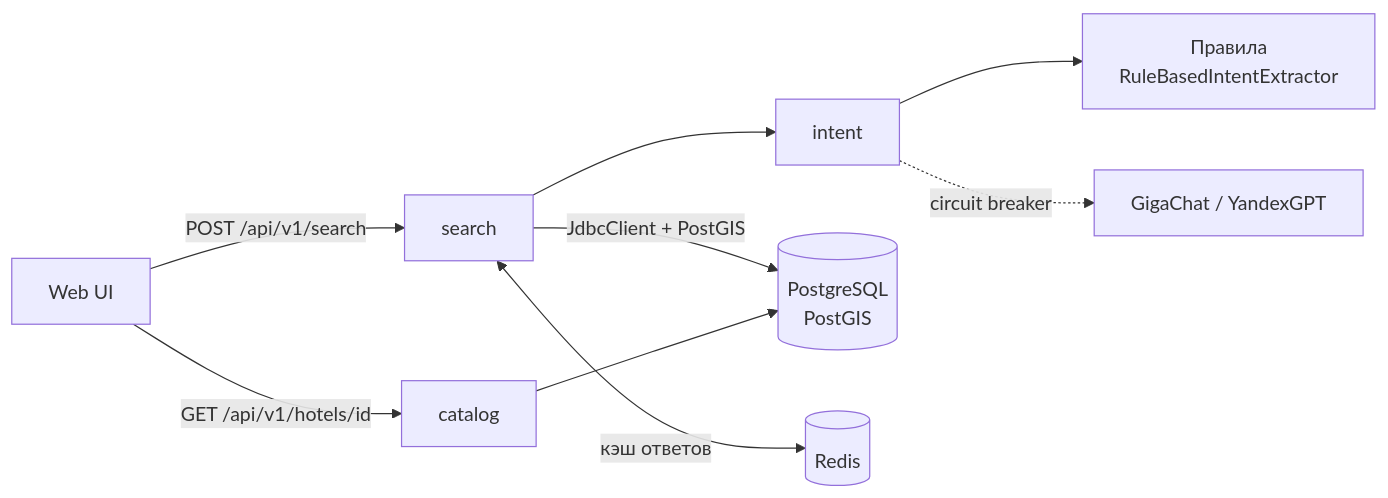
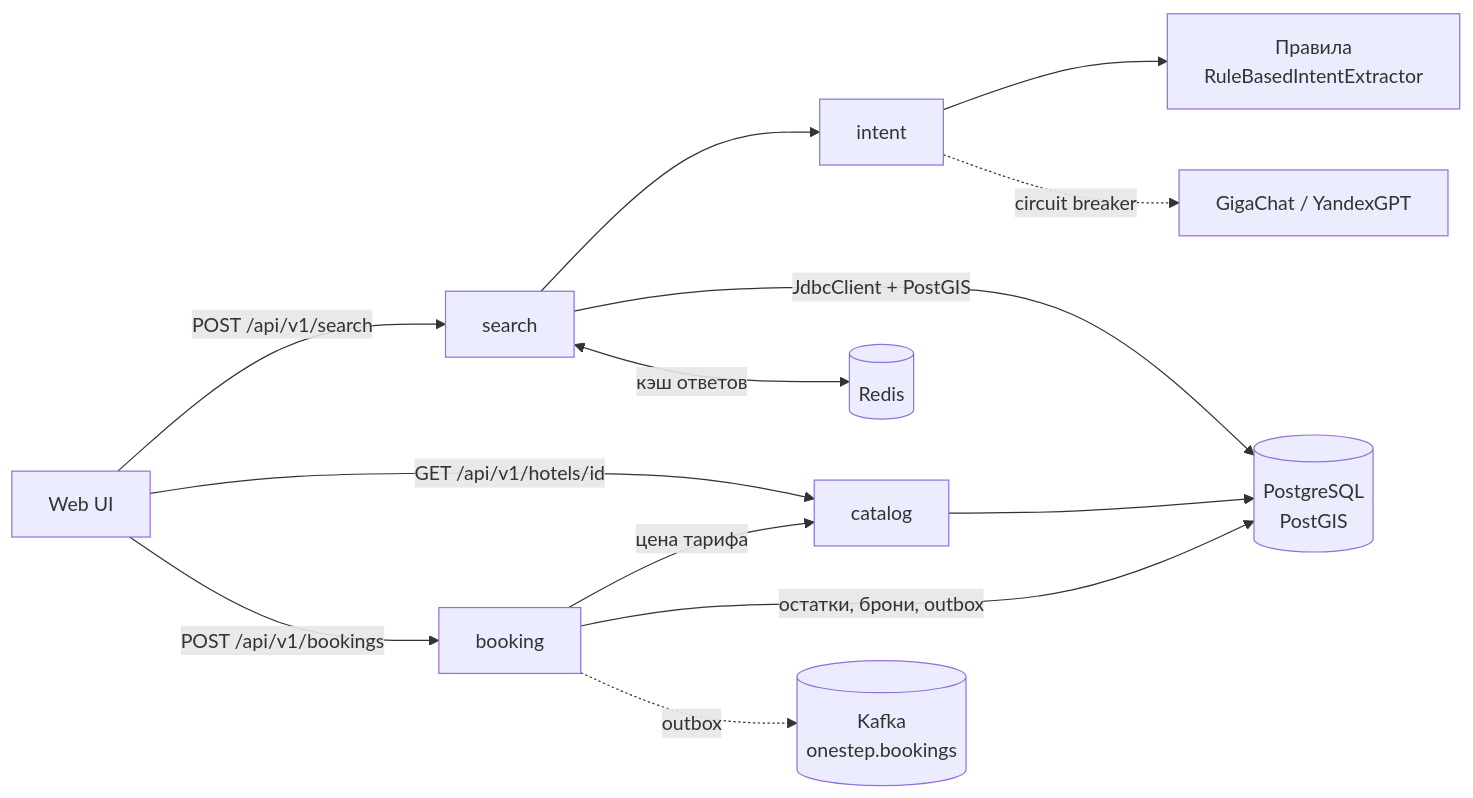
Before and after one commit to EvgenEng/chevteam: the diagram in README.md, drawn with Mermaid. The commit also changed other lines of this file and 50 other files, not shown here.

Commit message:
feat(booking): hold, test payment, cancel with idempotency and Kafka outbox

````diff
--- a/README.md
+++ b/README.md
@@ -36,10 +39,14 @@
 ```mermaid
 flowchart LR
     UI[Web UI] -->|POST /api/v1/search| S[search]
     S --> I[intent]
     I --> R[Правила<br/>RuleBasedIntentExtractor]
     I -. circuit breaker .-> L[GigaChat / YandexGPT]
     S -->|JdbcClient + PostGIS| DB[(PostgreSQL<br/>PostGIS)]
     S <-->|кэш ответов| RD[(Redis)]
     UI -->|GET /api/v1/hotels/id| C[catalog] --> DB
+    UI -->|POST /api/v1/bookings| B[booking]
+    B -->|цена тарифа| C
+    B -->|остатки, брони, outbox| DB
+    B -. outbox .-> K[(Kafka<br/>onestep.bookings)]
 ```
````
